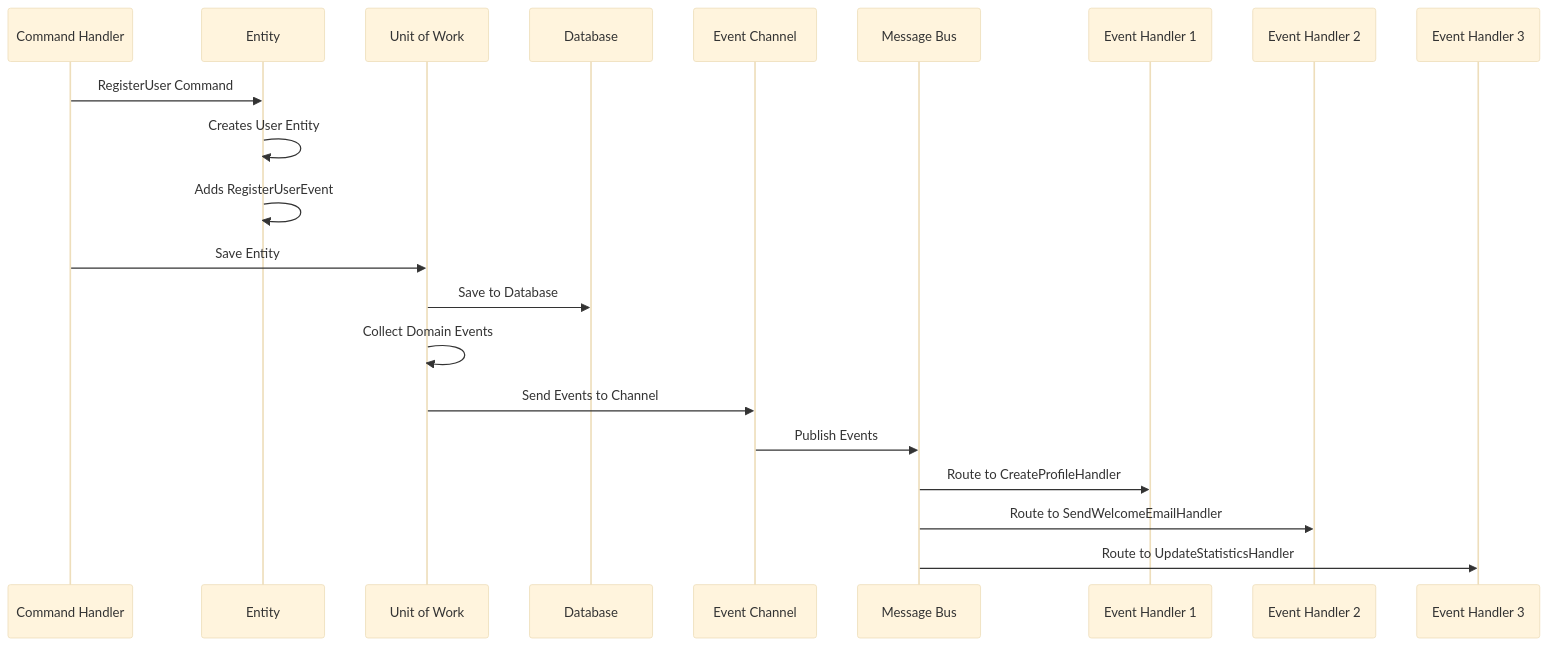
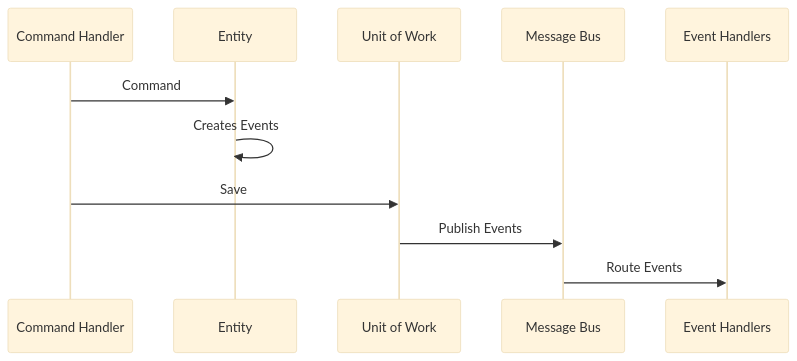
Before and after one commit to ali-mahdavi-dev/shikposh-backend: the third of 4 diagrams in README.md, drawn with Mermaid (base theme). The commit also changed other lines of this file, not shown here.

````diff
--- a/README.md
+++ b/README.md
@@ -414,24 +152,14 @@
 ```mermaid
 sequenceDiagram
     participant CH as Command Handler
     participant E as Entity
     participant UoW as Unit of Work
-    participant DB as Database
-    participant EC as Event Channel
     participant MB as Message Bus
-    participant EH1 as Event Handler 1
-    participant EH2 as Event Handler 2
-    participant EH3 as Event Handler 3
+    participant EH as Event Handlers
 
-    CH->>E: RegisterUser Command
-    E->>E: Creates User Entity
-    E->>E: Adds RegisterUserEvent
-    CH->>UoW: Save Entity
-    UoW->>DB: Save to Database
-    UoW->>UoW: Collect Domain Events
-    UoW->>EC: Send Events to Channel
-    EC->>MB: Publish Events
-    MB->>EH1: Route to CreateProfileHandler
-    MB->>EH2: Route to SendWelcomeEmailHandler
-    MB->>EH3: Route to UpdateStatisticsHandler
+    CH->>E: Command
+    E->>E: Creates Events
+    CH->>UoW: Save
+    UoW->>MB: Publish Events
+    MB->>EH: Route Events
 ```
````
